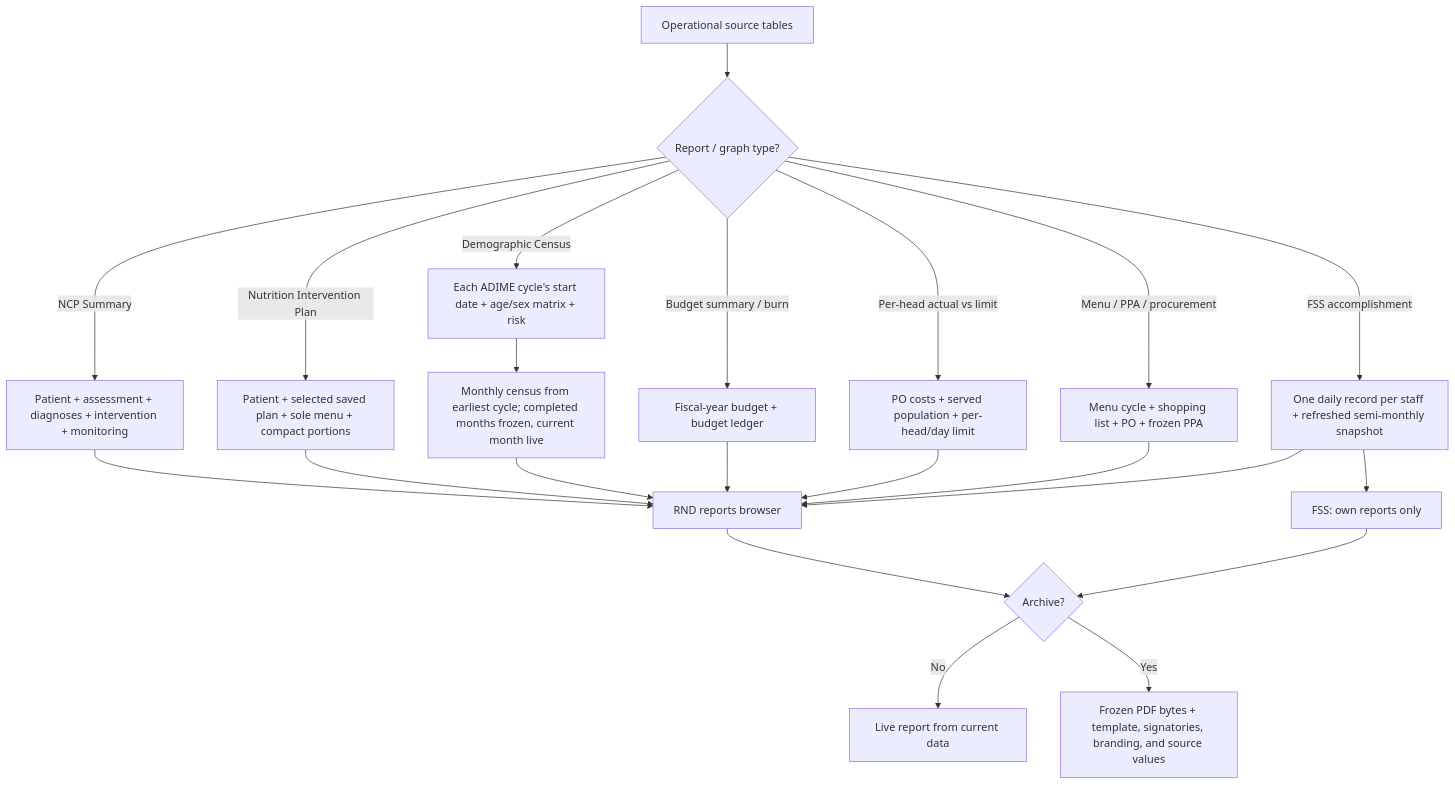
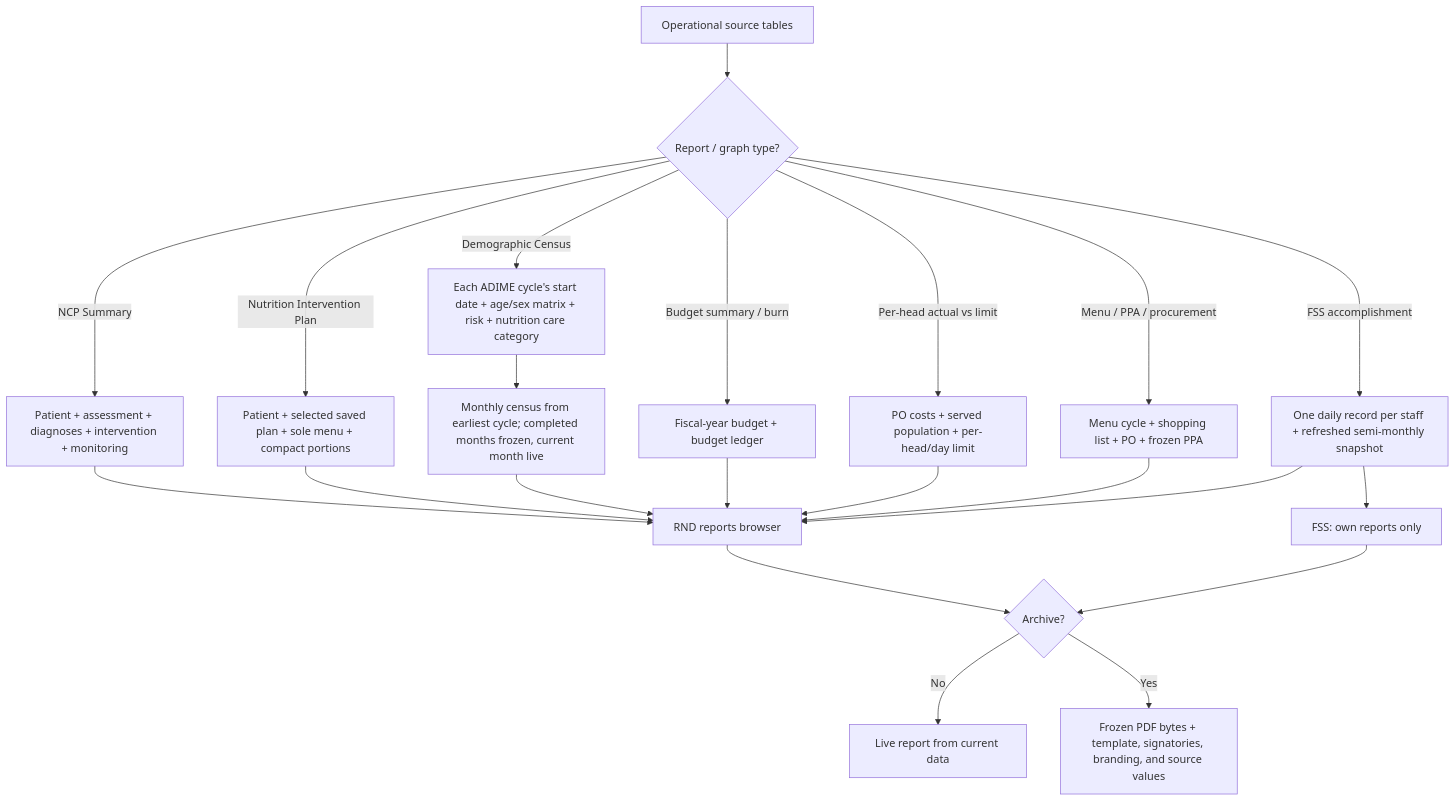
The eighth of 9 diagrams in docs/module-workflow-flowchart.md (ja2gc/Nutriscope), drawn with Mermaid before and after one commit. The commit also changed other lines of this file and 52 other files, not shown here.

````diff
--- a/docs/module-workflow-flowchart.md
+++ b/docs/module-workflow-flowchart.md
@@ -276,26 +276,26 @@
 ```mermaid
 flowchart TD
     A["Operational source tables"] --> B{"Report / graph type?"}
     B -->|"NCP Summary"| C["Patient + assessment + diagnoses + intervention + monitoring"]
     B -->|"Nutrition Intervention Plan"| D["Patient + selected saved plan + sole menu + compact portions"]
-    B -->|"Demographic Census"| E["Each ADIME cycle's start date + age/sex matrix + risk"]
+    B -->|"Demographic Census"| E["Each ADIME cycle's start date + age/sex matrix + risk + nutrition care category"]
     B -->|"Budget summary / burn"| F["Fiscal-year budget + budget ledger"]
     B -->|"Per-head actual vs limit"| G["PO costs + served population + per-head/day limit"]
     B -->|"Menu / PPA / procurement"| H["Menu cycle + shopping list + PO + frozen PPA"]
     B -->|"FSS accomplishment"| I["One daily record per staff + refreshed semi-monthly snapshot"]
 
     C --> J["RND reports browser"]
     D --> J
     E --> O["Monthly census from earliest cycle; completed months frozen, current month live"]
     O --> J
     F --> J
     G --> J
     H --> J
     I --> J
     I --> K["FSS: own reports only"]
 
     J --> L{"Archive?"}
     K --> L
     L -->|"No"| M["Live report from current data"]
     L -->|"Yes"| N["Frozen PDF bytes + template, signatories, branding, and source values"]
 ```
````
